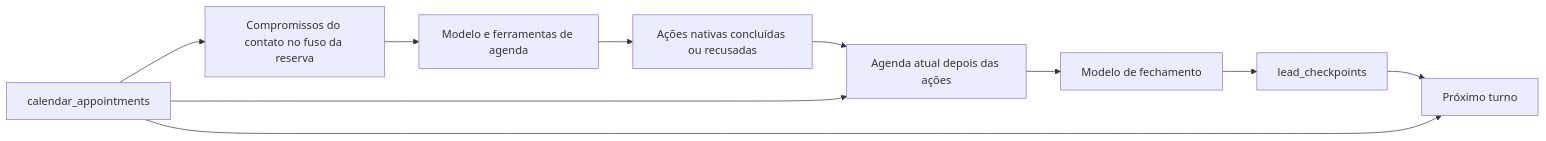
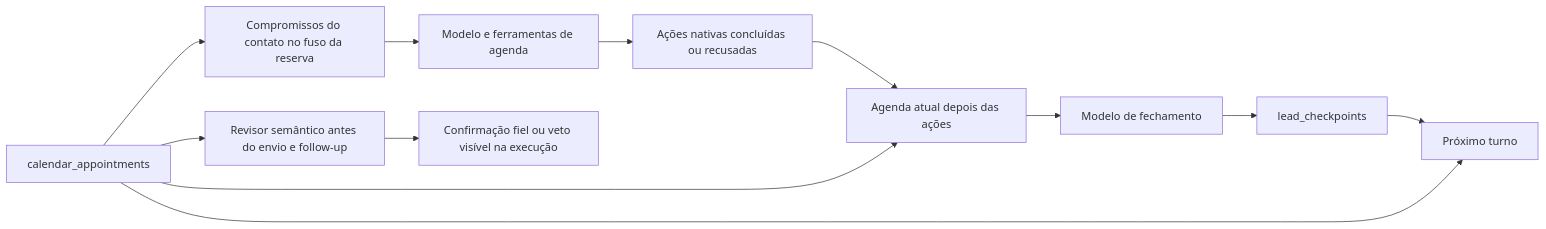
The diagram in docs/architecture/agenda-no-turno.md (melgarafael/DeskcommCRM), drawn with Mermaid before and after one commit. The commit also changed other lines of this file and 7 other files, not shown here.

````diff
--- a/docs/architecture/agenda-no-turno.md
+++ b/docs/architecture/agenda-no-turno.md
@@ -6,12 +6,14 @@
 ```mermaid
 flowchart LR
     Banco[calendar_appointments] --> Abertura[Compromissos do contato no fuso da reserva]
     Abertura --> Resposta[Modelo e ferramentas de agenda]
     Resposta --> Acoes[Ações nativas concluídas ou recusadas]
     Acoes --> Releitura[Agenda atual depois das ações]
     Banco --> Releitura
     Releitura --> Fechamento[Modelo de fechamento]
     Fechamento --> Resumo[lead_checkpoints]
     Resumo --> Proximo[Próximo turno]
     Banco --> Proximo
+    Banco --> Revisor[Revisor semântico antes do envio e follow-up]
+    Revisor --> Envio[Confirmação fiel ou veto visível na execução]
 ```
````
